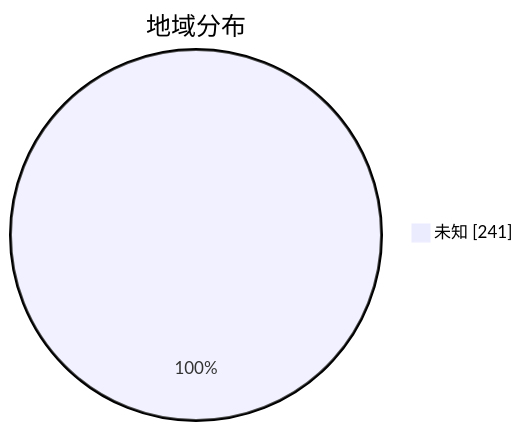
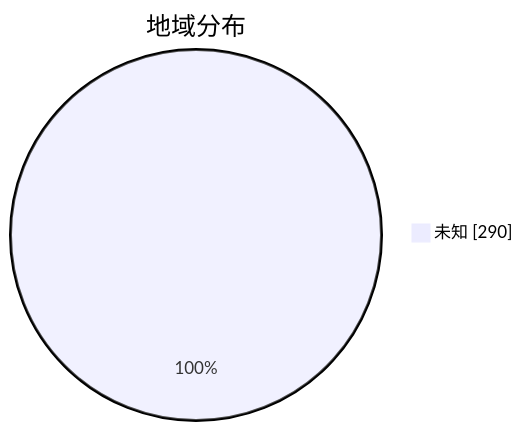
The second of 3 diagrams in subs/statistics/tested_within.md (qjlxg/airport), drawn with Mermaid before and after one commit. The commit also changed other lines of this file and 2 other files, not shown here.

````diff
--- a/subs/statistics/tested_within.md
+++ b/subs/statistics/tested_within.md
@@ -12,5 +13,5 @@
 ```mermaid
 pie showData
 title 地域分布
-"未知" : 241
+"未知" : 290
 ```
````
